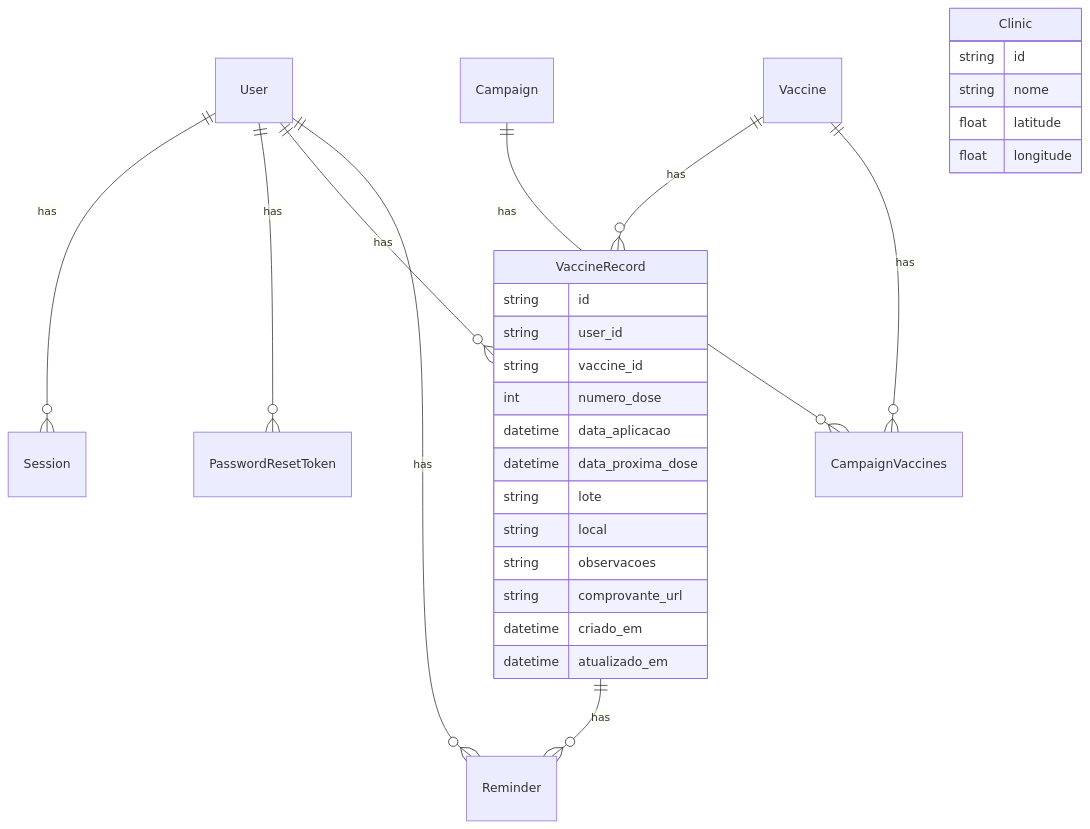
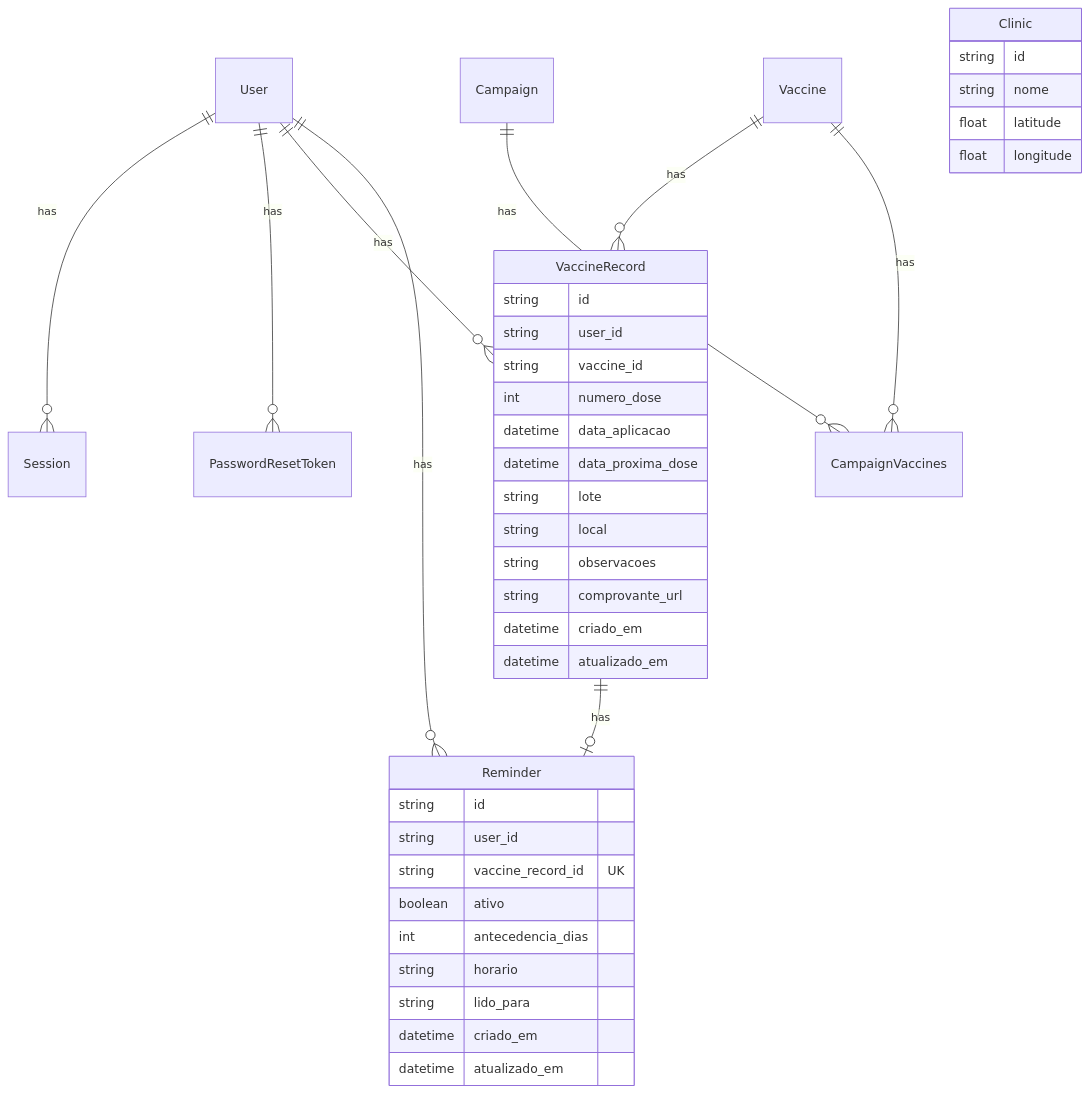
Before and after one commit to ImpactaADS5/e-imune: the diagram in prisma/ERD.md, drawn with Mermaid. The commit also changed other lines of this file and 6 other files, not shown here.

First line of the commit message:
feat(db): schema, migration e seed da AC3

````diff
--- a/prisma/ERD.md
+++ b/prisma/ERD.md
@@ -9,31 +9,42 @@
 ```mermaid
 erDiagram
   User ||--o{ Session : has
   User ||--o{ PasswordResetToken : has
   User ||--o{ VaccineRecord : has
   User ||--o{ Reminder : has
   Vaccine ||--o{ VaccineRecord : has
-  VaccineRecord ||--o{ Reminder : has
+  VaccineRecord ||--o| Reminder : has
   Vaccine ||--o{ CampaignVaccines : has
   Campaign ||--o{ CampaignVaccines : has
   VaccineRecord {
     string id
     string user_id
     string vaccine_id
     int numero_dose
     datetime data_aplicacao
     datetime data_proxima_dose
     string lote
     string local
     string observacoes
     string comprovante_url
     datetime criado_em
     datetime atualizado_em
   }
+  Reminder {
+    string id
+    string user_id
+    string vaccine_record_id UK
+    boolean ativo
+    int antecedencia_dias
+    string horario
+    string lido_para
+    datetime criado_em
+    datetime atualizado_em
+  }
   Clinic {
     string id
     string nome
     float latitude
     float longitude
   }
 ```
````
